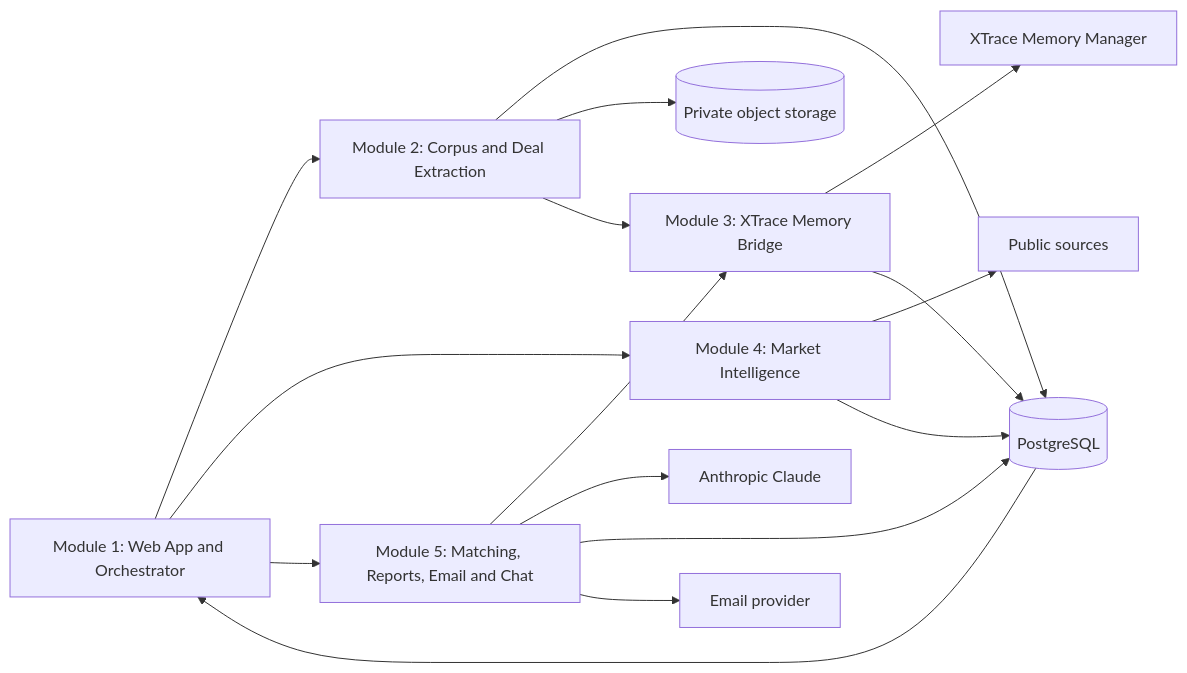
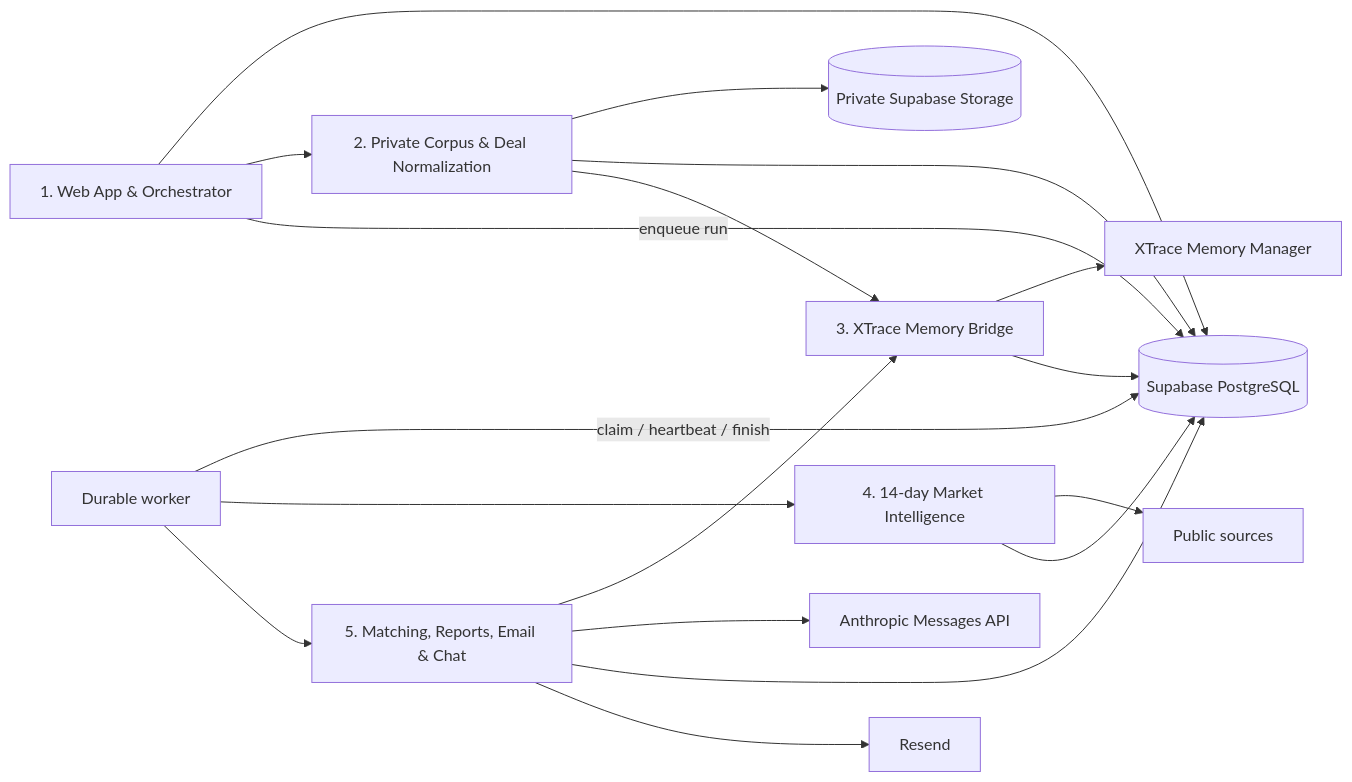
The diagram in docs/superpowers/specs/2026-07-23-xtrace-vc-demo-integration-design.md (CoKayne/XTrace_Hackathon), drawn with Mermaid before and after one commit. The commit also changed other lines of this file and 97 other files, not shown here.

Commit message:
feat: integrate XTrace VC intelligence demo

````diff
--- a/docs/superpowers/specs/2026-07-23-xtrace-vc-demo-integration-design.md
+++ b/docs/superpowers/specs/2026-07-23-xtrace-vc-demo-integration-design.md
@@ -107,30 +124,33 @@
 ```mermaid
 flowchart LR
-    UI["Module 1: Web App and Orchestrator"]
-    CORPUS["Module 2: Corpus and Deal Extraction"]
-    MEMORY["Module 3: XTrace Memory Bridge"]
-    MARKET["Module 4: Market Intelligence"]
-    MATCH["Module 5: Matching, Reports, Email and Chat"]
-    DB[("PostgreSQL")]
-    BLOB[("Private object storage")]
+    UI["1. Web App & Orchestrator"]
+    CORPUS["2. Private Corpus & Deal Normalization"]
+    MEMORY["3. XTrace Memory Bridge"]
+    MARKET["4. 14-day Market Intelligence"]
+    REASON["5. Matching, Reports, Email & Chat"]
+    DB[("Supabase PostgreSQL")]
+    STORAGE[("Private Supabase Storage")]
     XT["XTrace Memory Manager"]
-    CLAUDE["Anthropic Claude"]
-    WEB["Public sources"]
-    MAIL["Email provider"]
+    CLAUDE["Anthropic Messages API"]
+    SOURCES["Public sources"]
+    RESEND["Resend"]
+    WORKER["Durable worker"]
 
+    UI --> DB
     UI --> CORPUS
-    UI --> MARKET
-    UI --> MATCH
+    CORPUS --> STORAGE
     CORPUS --> DB
-    CORPUS --> BLOB
     CORPUS --> MEMORY
     MEMORY --> XT
     MEMORY --> DB
-    MARKET --> WEB
+    UI -->|"enqueue run"| DB
+    WORKER -->|"claim / heartbeat / finish"| DB
+    WORKER --> MARKET
+    MARKET --> SOURCES
     MARKET --> DB
-    MATCH --> MEMORY
-    MATCH --> CLAUDE
-    MATCH --> DB
-    MATCH --> MAIL
-    DB --> UI
+    WORKER --> REASON
+    REASON --> MEMORY
+    REASON --> CLAUDE
+    REASON --> DB
+    REASON --> RESEND
 ```
````
